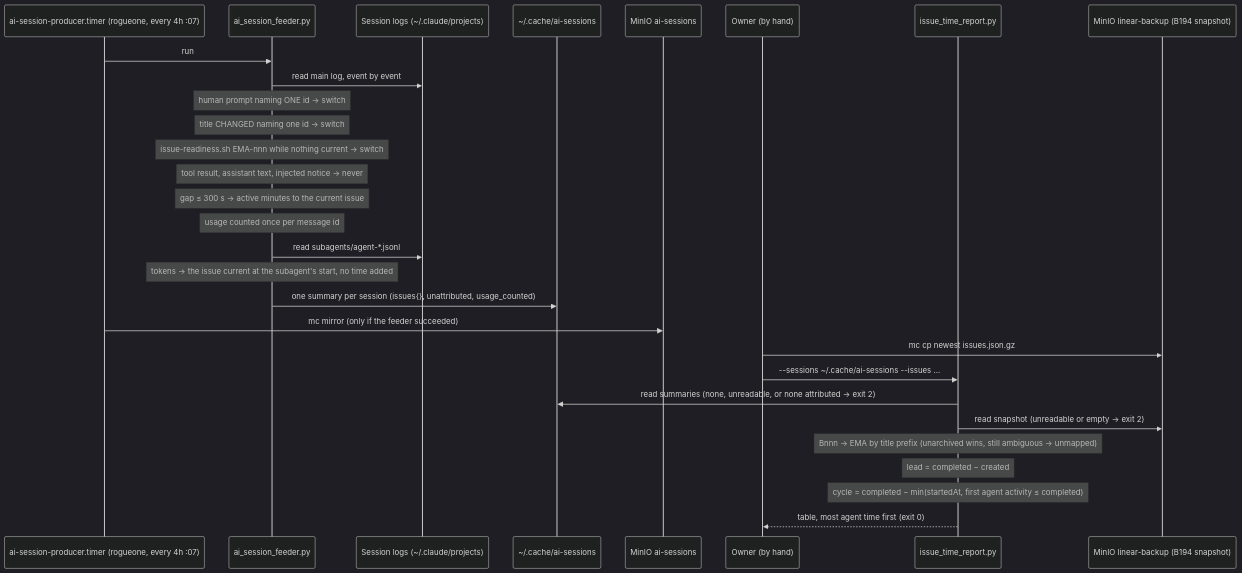
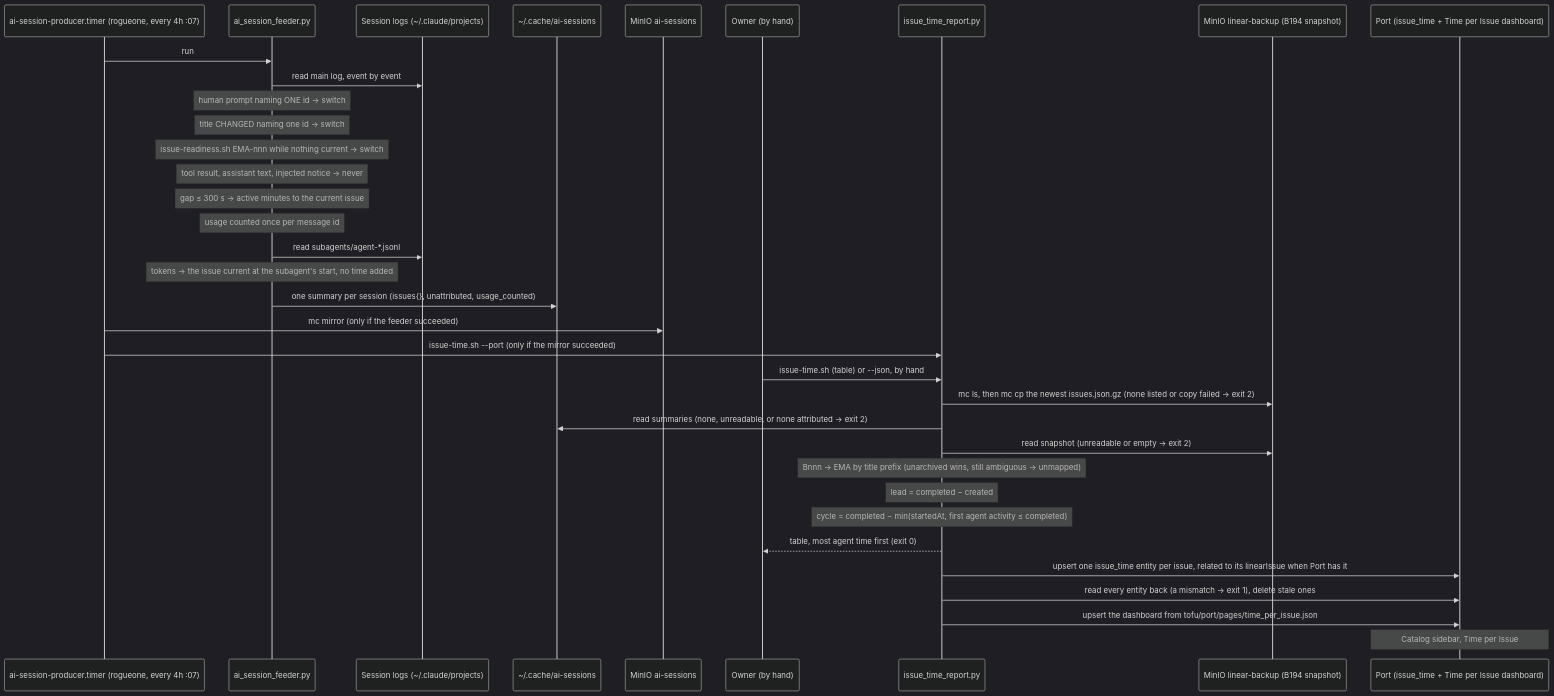
One commit to edtbl76/weyland-lab changed the diagram in docs/diagrams/flow-issue-time-attribution.md. Above: the diagram before and after it, drawn with Mermaid (dark theme). The commit also changed other lines of this file and 14 other files, not shown here.

First line of the commit message:
**Implement Time Per Linear Issue Reporting and Projection**

````diff
--- a/docs/diagrams/flow-issue-time-attribution.md
+++ b/docs/diagrams/flow-issue-time-attribution.md
@@ -8,32 +9,38 @@
 ```mermaid
 sequenceDiagram
     participant T as ai-session-producer.timer (rogueone, every 4h :07)
     participant F as ai_session_feeder.py
     participant L as Session logs (~/.claude/projects)
     participant C as ~/.cache/ai-sessions
     participant M as MinIO ai-sessions
     participant O as Owner (by hand)
     participant R as issue_time_report.py
     participant S as MinIO linear-backup (B194 snapshot)
+    participant P as Port (issue_time + Time per Issue dashboard)
 
     T->>F: run
     F->>L: read main log, event by event
     Note over F: human prompt naming ONE id → switch
     Note over F: title CHANGED naming one id → switch
     Note over F: issue-readiness.sh EMA-nnn while nothing current → switch
     Note over F: tool result, assistant text, injected notice → never
     Note over F: gap ≤ 300 s → active minutes to the current issue
     Note over F: usage counted once per message id
     F->>L: read subagents/agent-*.jsonl
     Note over F: tokens → the issue current at the subagent's start, no time added
     F->>C: one summary per session (issues{}, unattributed, usage_counted)
     T->>M: mc mirror (only if the feeder succeeded)
-    O->>S: mc cp newest issues.json.gz
-    O->>R: --sessions ~/.cache/ai-sessions --issues …
+    T->>R: issue-time.sh --port (only if the mirror succeeded)
+    O->>R: issue-time.sh (table) or --json, by hand
+    R->>S: mc ls, then mc cp the newest issues.json.gz (none listed or copy failed → exit 2)
     R->>C: read summaries (none, unreadable, or none attributed → exit 2)
     R->>S: read snapshot (unreadable or empty → exit 2)
     Note over R: Bnnn → EMA by title prefix (unarchived wins, still ambiguous → unmapped)
     Note over R: lead = completed − created
     Note over R: cycle = completed − min(startedAt, first agent activity ≤ completed)
     R-->>O: table, most agent time first (exit 0)
+    R->>P: upsert one issue_time entity per issue, related to its linearIssue when Port has it
+    R->>P: read every entity back (a mismatch → exit 1), delete stale ones
+    R->>P: upsert the dashboard from tofu/port/pages/time_per_issue.json
+    Note over P: Catalog sidebar, Time per Issue
 ```
````
